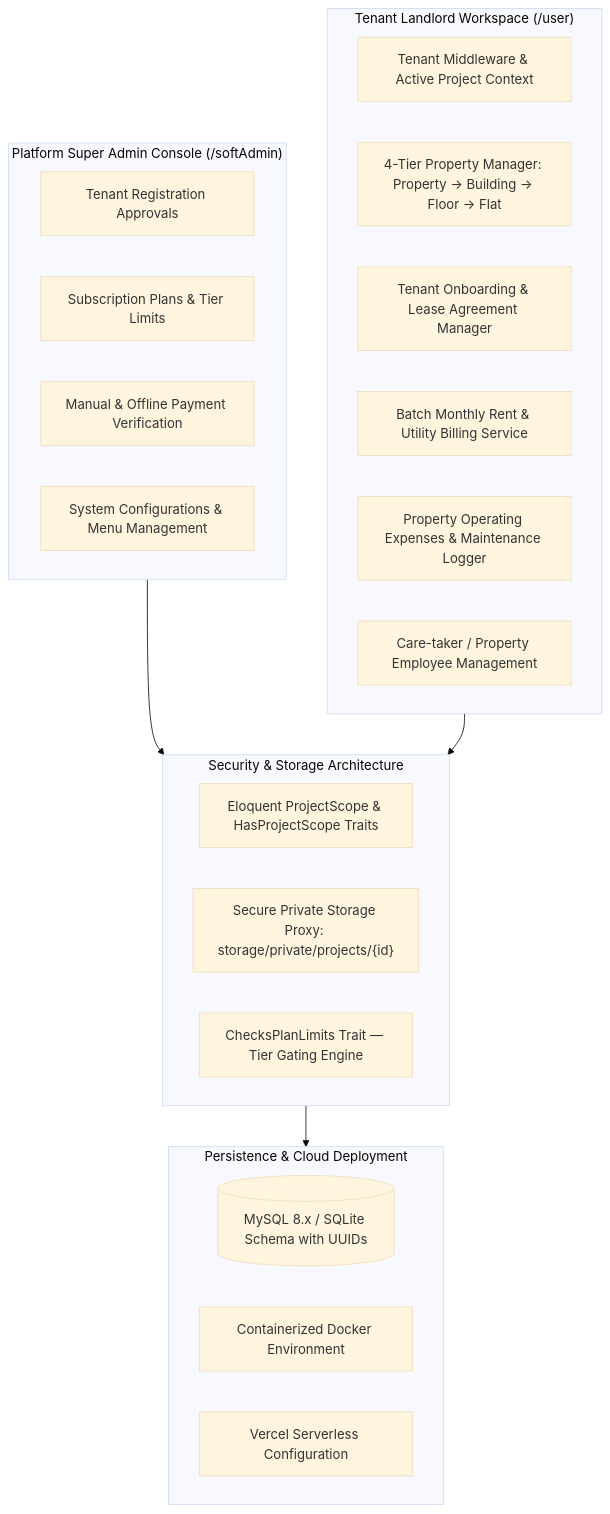
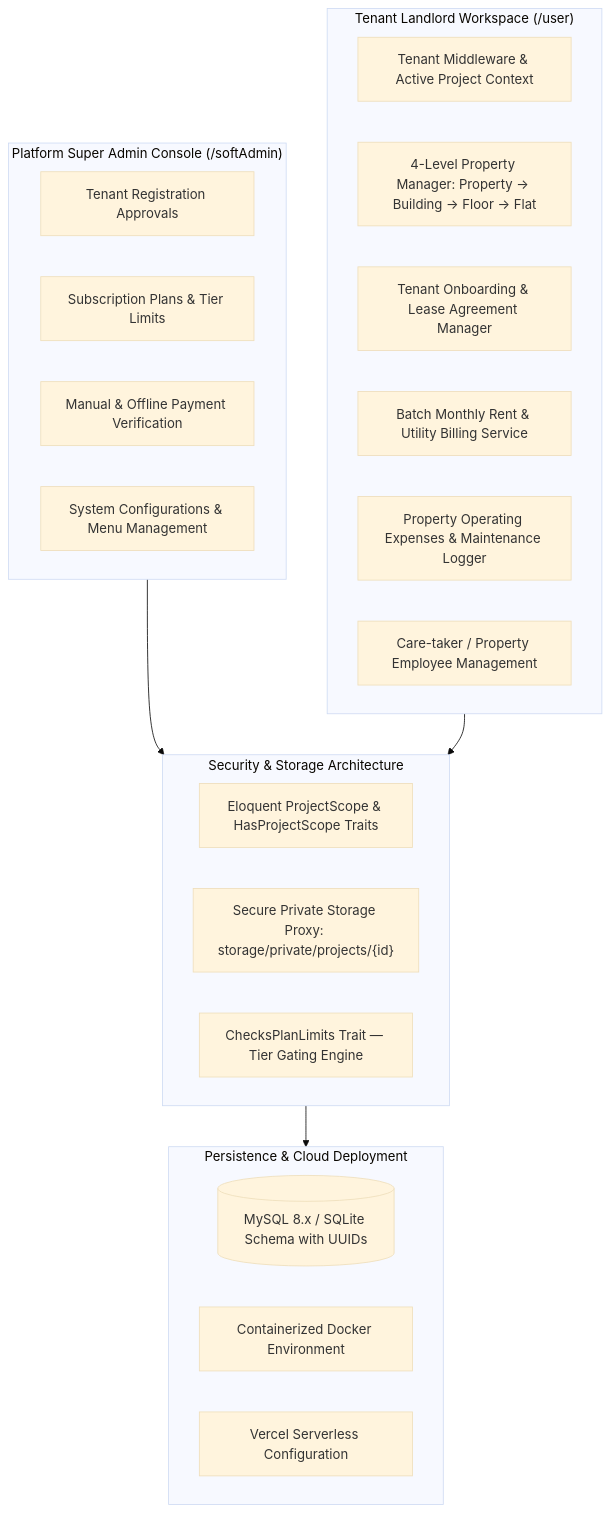
Before and after one commit to ShakhawatSakib9/House-Rent-System: the first of 3 diagrams in README.md, drawn with Mermaid (base theme). The commit also changed other lines of this file, not shown here.

Commit message:
docs: final senior review polish - add 4-Level Property Hierarchy, Defense-in-depth isolation, model trait hook quota gating, Duplicate Billing Idempotency (Challenge 5), high-level visual architecture, calibrated deployment claims

````diff
--- a/README.md
+++ b/README.md
@@ -87,34 +112,34 @@
 ```mermaid
 graph TB
     subgraph SaaSAdmin["Platform Super Admin Console (/softAdmin)"]
         A["Tenant Registration Approvals"]
         B["Subscription Plans & Tier Limits"]
         C["Manual & Offline Payment Verification"]
         D["System Configurations & Menu Management"]
     end
 
     subgraph TenantContext["Tenant Landlord Workspace (/user)"]
         E["Tenant Middleware & Active Project Context"]
-        F["4-Tier Property Manager: Property → Building → Floor → Flat"]
+        F["4-Level Property Manager: Property → Building → Floor → Flat"]
         G["Tenant Onboarding & Lease Agreement Manager"]
         H["Batch Monthly Rent & Utility Billing Service"]
         I["Property Operating Expenses & Maintenance Logger"]
         J["Care-taker / Property Employee Management"]
     end
 
     subgraph SecurityStorage["Security & Storage Architecture"]
         K["Eloquent ProjectScope & HasProjectScope Traits"]
         L["Secure Private Storage Proxy: storage/private/projects/{id}"]
         M["ChecksPlanLimits Trait — Tier Gating Engine"]
     end
 
     subgraph PersistenceLayer["Persistence & Cloud Deployment"]
         N[("MySQL 8.x / SQLite Schema with UUIDs")]
         O["Containerized Docker Environment"]
         P["Vercel Serverless Configuration"]
     end
 
     SaaSAdmin --> SecurityStorage
     TenantContext --> SecurityStorage
     SecurityStorage --> PersistenceLayer
 ```
````
